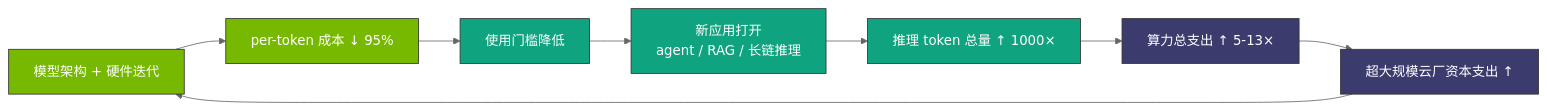
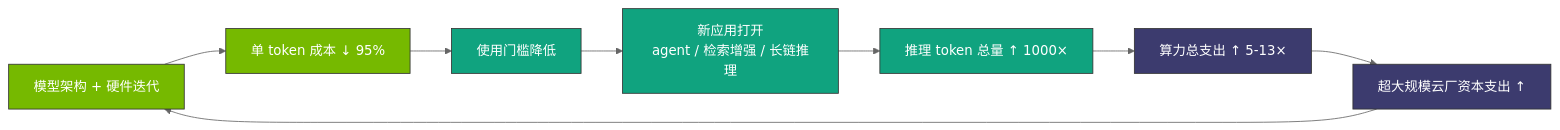
One commit to diguike/book-compute-economics changed the second of 5 diagrams in book/13-jevons-three-stages/README.md. Above: the diagram before and after it, drawn with Mermaid (neutral theme). The commit also changed other lines of this file and 33 other files, not shown here.

````diff
--- a/book/13-jevons-three-stages/README.md
+++ b/book/13-jevons-three-stages/README.md
@@ -51,17 +59,17 @@
 ```mermaid
 graph LR
-    A[模型架构 + 硬件迭代] --> B[per-token 成本 ↓ 95%]
+    A[模型架构 + 硬件迭代] --> B[单 token 成本 ↓ 95%]
     B --> C[使用门槛降低]
-    C --> D[新应用打开<br/>agent / RAG / 长链推理]
+    C --> D[新应用打开<br/>agent / 检索增强 / 长链推理]
     D --> E[推理 token 总量 ↑ 1000×]
     E --> F[算力总支出 ↑ 5-13×]
     F --> G[超大规模云厂资本支出 ↑]
     G --> A
 
     classDef cost fill:#76B900,stroke:#333,color:#fff
     classDef demand fill:#10A37F,stroke:#333,color:#fff
     classDef capex fill:#3C3B6E,stroke:#333,color:#fff
     class B,A cost
     class C,D,E demand
     class F,G capex
 ```
````
